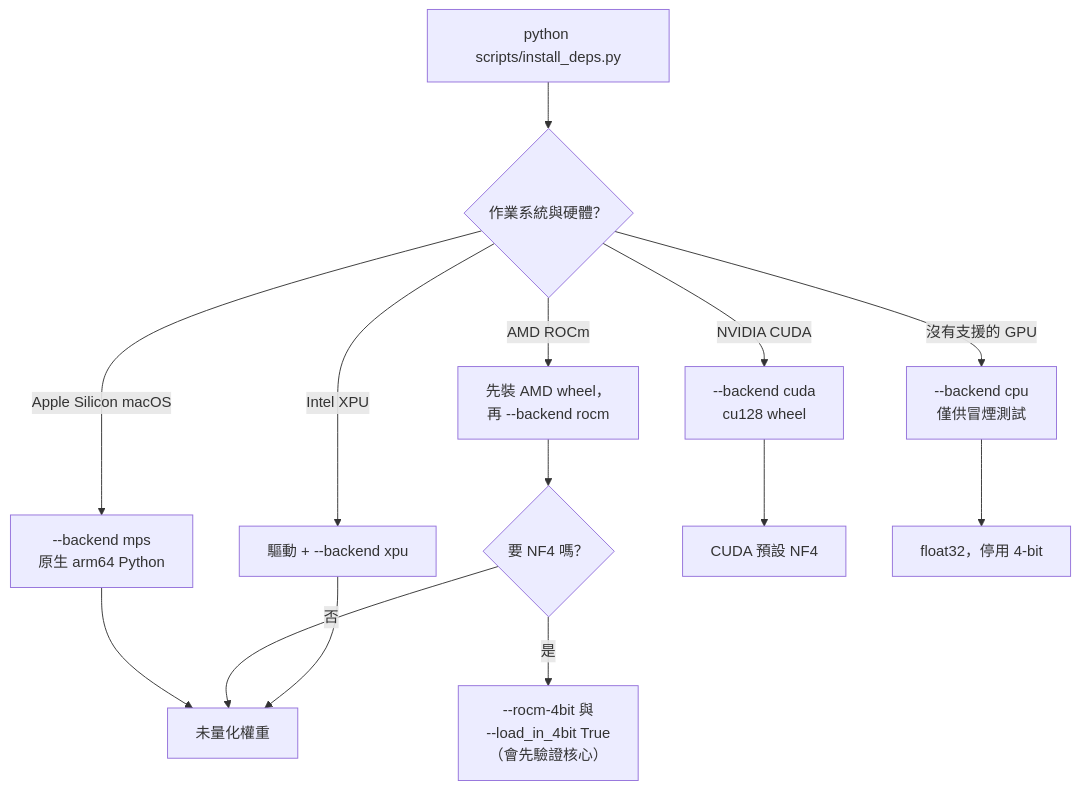
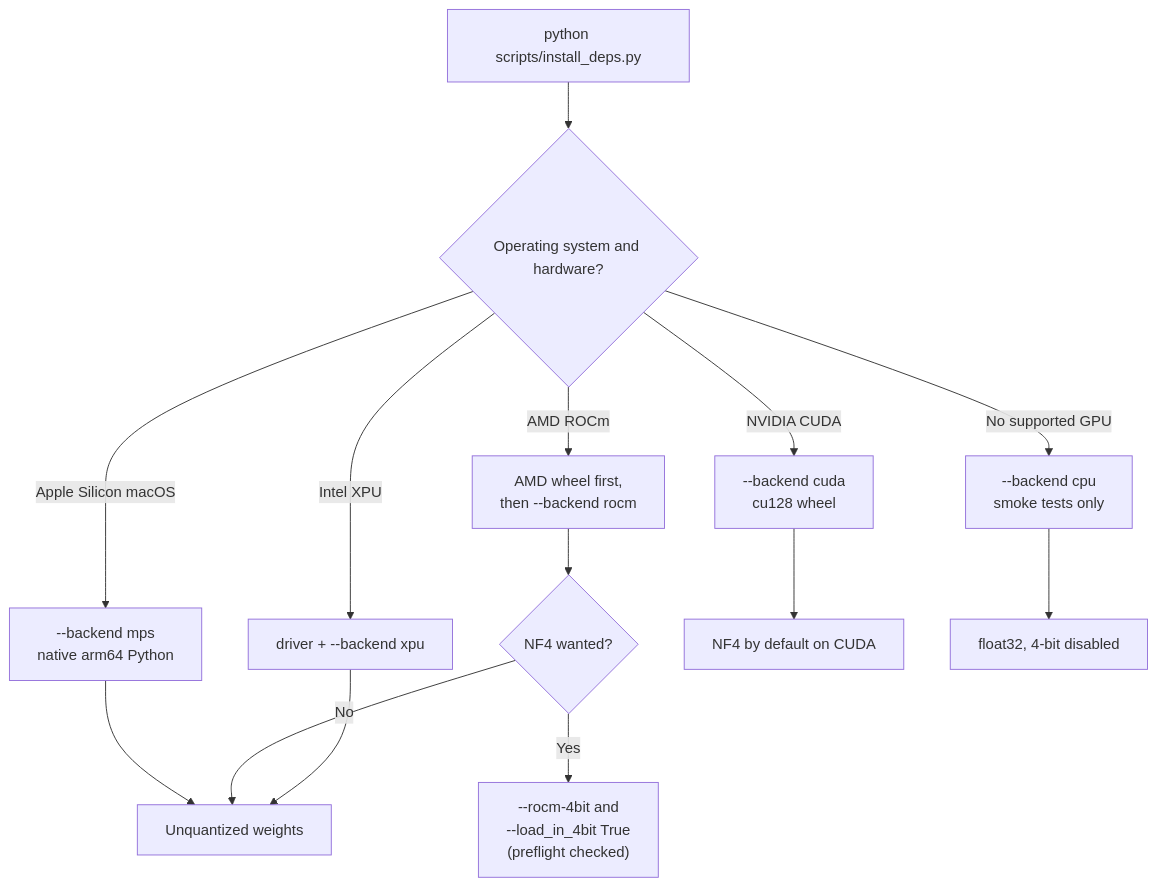
The eighth of 13 diagrams in README.zh-Hant.md (cw1997/fine-tuning-playground), drawn with Mermaid before and after one commit. The commit also changed other lines of this file and 1 other file, not shown here.

````diff
--- a/README.zh-Hant.md
+++ b/README.zh-Hant.md
@@ -349,16 +322,16 @@
 ```mermaid
 flowchart TD
-    A["python scripts/install_deps.py"] --> B{"作業系統與硬體？"}
-    B -- "Apple Silicon macOS" --> C["--backend mps<br/>原生 arm64 Python"]
+    A["python scripts/install_deps.py"] --> B{"Operating system and hardware?"}
+    B -- "Apple Silicon macOS" --> C["--backend mps<br/>native arm64 Python"]
     B -- "NVIDIA CUDA" --> D["--backend cuda<br/>cu128 wheel"]
-    B -- "AMD ROCm" --> E["先裝 AMD wheel，<br/>再 --backend rocm"]
-    B -- "Intel XPU" --> F["驅動 + --backend xpu"]
-    B -- "沒有支援的 GPU" --> G["--backend cpu<br/>僅供冒煙測試"]
-    C --> H["未量化權重"]
-    E --> I{"要 NF4 嗎？"}
-    I -- "是" --> J["--rocm-4bit 與<br/>--load_in_4bit True<br/>（會先驗證核心）"]
-    I -- "否" --> H
-    D --> K["CUDA 預設 NF4"]
+    B -- "AMD ROCm" --> E["AMD wheel first,<br/>then --backend rocm"]
+    B -- "Intel XPU" --> F["driver + --backend xpu"]
+    B -- "No supported GPU" --> G["--backend cpu<br/>smoke tests only"]
+    C --> H["Unquantized weights"]
+    E --> I{"NF4 wanted?"}
+    I -- "Yes" --> J["--rocm-4bit and<br/>--load_in_4bit True<br/>(preflight checked)"]
+    I -- "No" --> H
+    D --> K["NF4 by default on CUDA"]
     F --> H
-    G --> L["float32，停用 4-bit"]
+    G --> L["float32, 4-bit disabled"]
 ```
````
